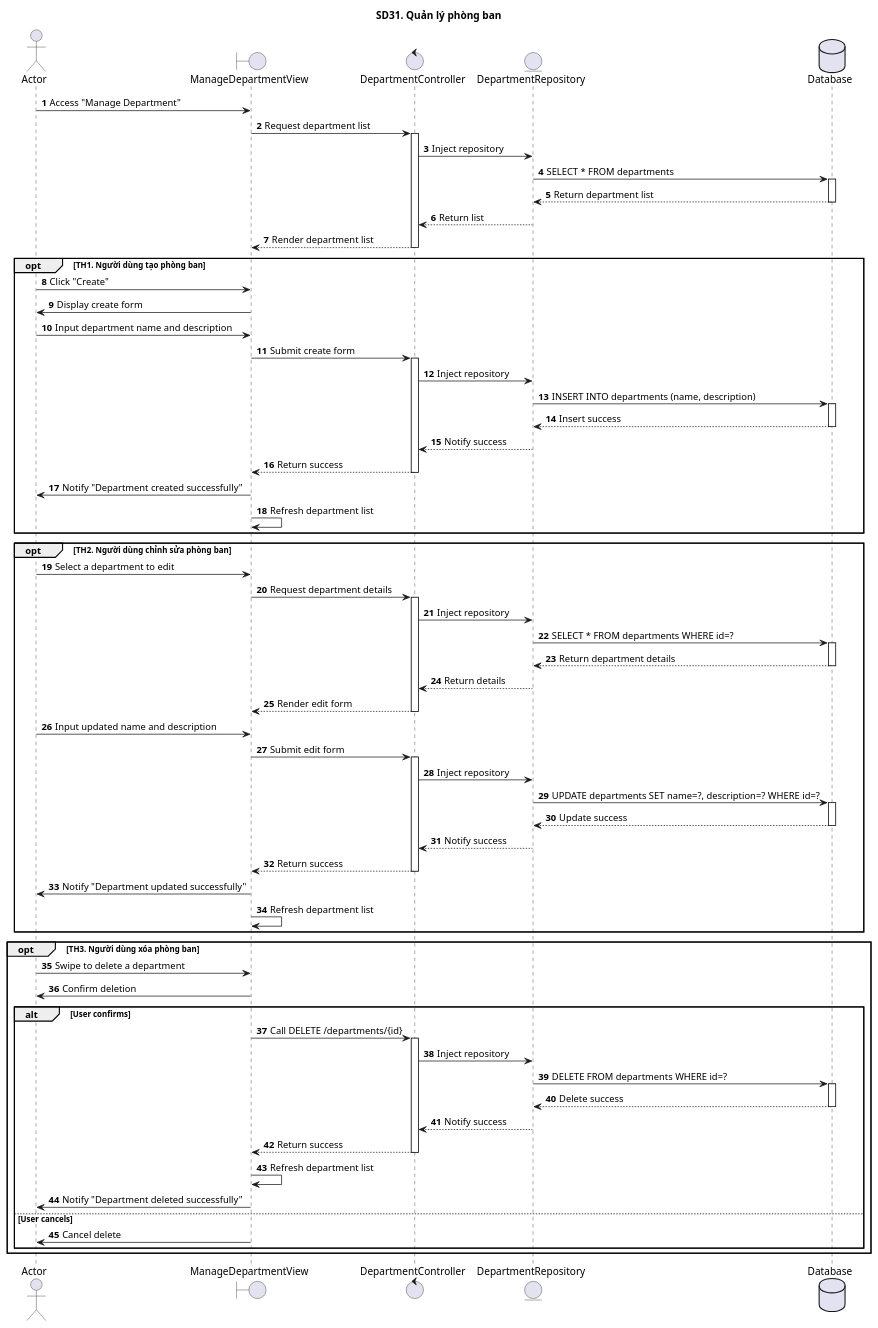
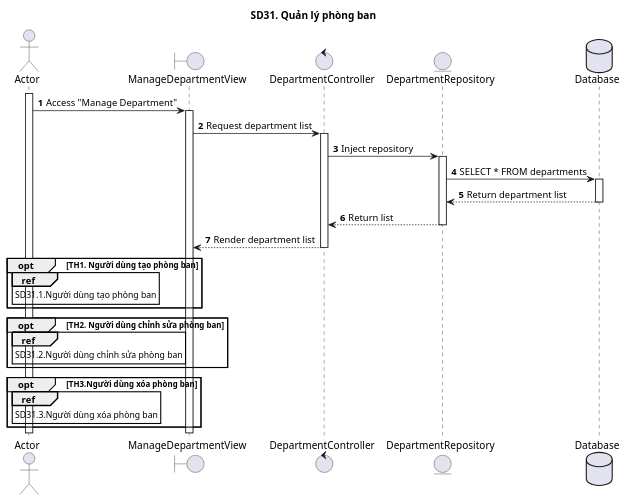
Before and after one commit to ITZ-Developers/Finance-UML: the diagram in 31_QuanLyPhongBan/sd31.puml, drawn with PlantUML. The commit also changed 24 other files, not shown here.

```diff
--- a/31_QuanLyPhongBan/sd31.puml
+++ b/31_QuanLyPhongBan/sd31.puml
@@ -1,97 +1,43 @@
 @startuml SQ
 autonumber
 title SD31. Quản lý phòng ban
 actor "Actor" as actor
 boundary "ManageDepartmentView" as manageView
 control "DepartmentController" as controller
 entity "DepartmentRepository" as model
 database "Database" as database
-
 ' Main Flow
+activate actor
 actor -> manageView : Access "Manage Department"
+activate manageView
 manageView -> controller : Request department list
 activate controller
 controller -> model : Inject repository
+activate model
 model -> database : SELECT * FROM departments
 activate database
 database --> model : Return department list
 deactivate database
 model --> controller : Return list
 deactivate model
 controller --> manageView : Render department list
 deactivate controller
-
 ' Option TH1: Create Department
-opt TH1. Người dùng tạo phòng ban
-    actor -> manageView : Click "Create"
-    manageView -> actor : Display create form
-    actor -> manageView : Input department name and description
-    manageView -> controller : Submit create form
-    activate controller
-    controller -> model : Inject repository
-    model -> database : INSERT INTO departments (name, description)
-    activate database
-    database --> model : Insert success
-    deactivate database
-    model --> controller : Notify success
-    deactivate model
-    controller --> manageView : Return success
-    deactivate controller
-    manageView -> actor : Notify "Department created successfully"
-    manageView -> manageView : Refresh department list
+opt **TH1. Người dùng tạo phòng ban**
+  ref over actor
+SD31.1.Người dùng tạo phòng ban
+end ref
 end
-
 ' Option TH2: Edit Department
-opt TH2. Người dùng chỉnh sửa phòng ban
-    actor -> manageView : Select a department to edit
-    manageView -> controller : Request department details
-    activate controller
-    controller -> model : Inject repository
-    model -> database : SELECT * FROM departments WHERE id=?
-    activate database
-    database --> model : Return department details
-    deactivate database
-    model --> controller : Return details
-    deactivate model
-    controller --> manageView : Render edit form
-    deactivate controller
-    actor -> manageView : Input updated name and description
-    manageView -> controller : Submit edit form
-    activate controller
-    controller -> model : Inject repository
-    model -> database : UPDATE departments SET name=?, description=? WHERE id=?
-    activate database
-    database --> model : Update success
-    deactivate database
-    model --> controller : Notify success
-    deactivate model
-    controller --> manageView : Return success
-    deactivate controller
-    manageView -> actor : Notify "Department updated successfully"
-    manageView -> manageView : Refresh department list
+opt **TH2. Người dùng chỉnh sửa phòng ban**
+  ref over actor
+SD31.2.Người dùng chỉnh sửa phòng ban
+end ref
 end
-
 ' Option TH3: Delete Department
-opt TH3. Người dùng xóa phòng ban
-    actor -> manageView : Swipe to delete a department
-    manageView -> actor : Confirm deletion
-    alt User confirms
-        manageView -> controller : Call DELETE /departments/{id}
-        activate controller
-        controller -> model : Inject repository
-        model -> database : DELETE FROM departments WHERE id=?
-        activate database
-        database --> model : Delete success
-        deactivate database
-        model --> controller : Notify success
-        deactivate model
-        controller --> manageView : Return success
-        deactivate controller
-        manageView -> manageView : Refresh department list
-        manageView -> actor : Notify "Department deleted successfully"
-    else User cancels
-        manageView -> actor : Cancel delete
-    end
+opt **TH3.Người dùng xóa phòng ban**
+  ref over actor
+SD31.3.Người dùng xóa phòng ban
+end ref
 end
-
 @enduml
```
